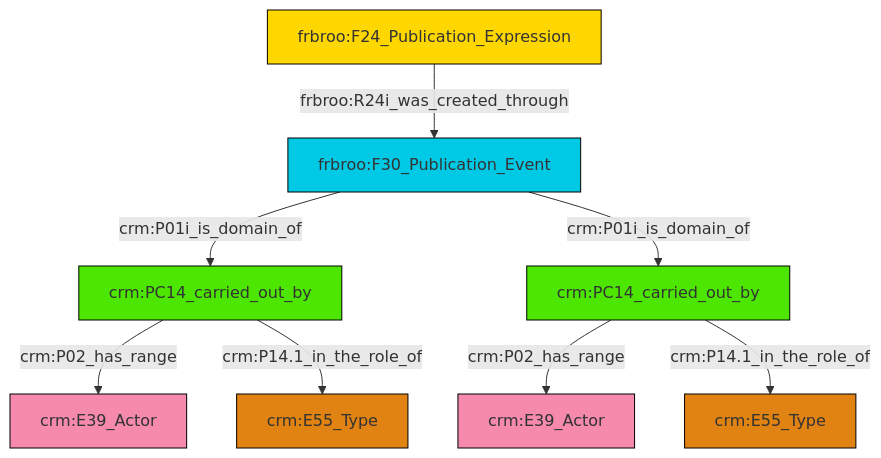
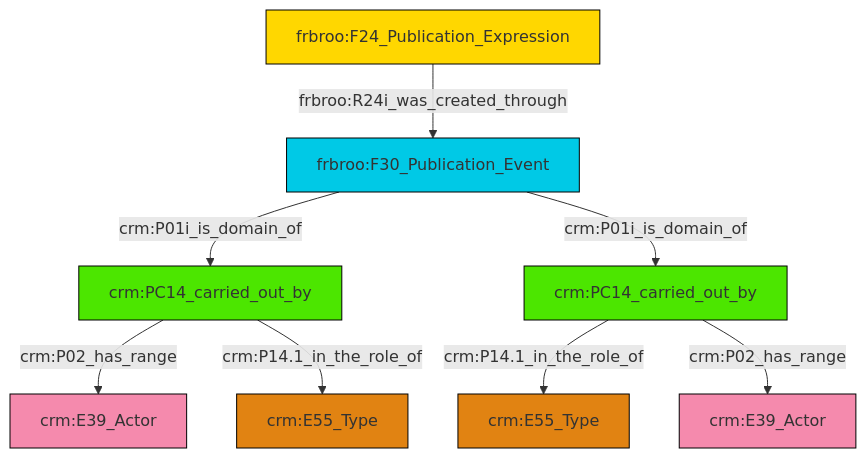
The diagram in et/biblioCSV/ttl/mmd/biblio_actor_relations.ttl.mmd (swiss-art-research-net/reference-data-models), drawn with Mermaid before and after one commit. The commit also changed 128 other files, not shown here.

```diff
--- a/et/biblioCSV/ttl/mmd/biblio_actor_relations.ttl.mmd
+++ b/et/biblioCSV/ttl/mmd/biblio_actor_relations.ttl.mmd
@@ -1,22 +1,22 @@
 graph TD
 classDef Literal fill:#f2f2f2,stroke:#000000;
 classDef CRM_Entity fill:#FFFFFF,stroke:#000000;
 classDef Temporal_Entity fill:#00C9E6, stroke:#000000;
 classDef Type fill:#E18312, stroke:#000000;
 classDef Time-Span fill:#2C9C91, stroke:#000000;
 classDef Appellation fill:#FFEB7F, stroke:#000000;
 classDef Place fill:#008836, stroke:#000000;
 classDef Persistent_Item fill:#B266B2, stroke:#000000;
 classDef Conceptual_Object fill:#FFD700, stroke:#000000;
 classDef Physical_Thing fill:#D2B48C, stroke:#000000;
 classDef Actor fill:#f58aad, stroke:#000000;
 classDef PC_Classes fill:#4ce600, stroke:#000000;
 classDef Multi fill:#cccccc,stroke:#000000;
 
-2["frbroo:F30_Publication_Event"]:::Temporal_Entity -->|crm:P01i_is_domain_of| 3["crm:PC14_carried_out_by"]:::PC_Classes
-4["crm:PC14_carried_out_by"]:::PC_Classes -->|crm:P02_has_range| 0["crm:E39_Actor"]:::Actor
-2["frbroo:F30_Publication_Event"]:::Temporal_Entity -->|crm:P01i_is_domain_of| 4["crm:PC14_carried_out_by"]:::PC_Classes
-8["frbroo:F24_Publication_Expression"]:::Conceptual_Object -->|frbroo:R24i_was_created_through| 2["frbroo:F30_Publication_Event"]:::Temporal_Entity
-3["crm:PC14_carried_out_by"]:::PC_Classes -->|crm:P02_has_range| 9["crm:E39_Actor"]:::Actor
-4["crm:PC14_carried_out_by"]:::PC_Classes -->|crm:P14.1_in_the_role_of| 5["crm:E55_Type"]:::Type
-3["crm:PC14_carried_out_by"]:::PC_Classes -->|crm:P14.1_in_the_role_of| 12["crm:E55_Type"]:::Type
+0["crm:PC14_carried_out_by"]:::PC_Classes -->|crm:P02_has_range| 1["crm:E39_Actor"]:::Actor
+2["frbroo:F30_Publication_Event"]:::Temporal_Entity -->|crm:P01i_is_domain_of| 0["crm:PC14_carried_out_by"]:::PC_Classes
+2["frbroo:F30_Publication_Event"]:::Temporal_Entity -->|crm:P01i_is_domain_of| 10["crm:PC14_carried_out_by"]:::PC_Classes
+4["frbroo:F24_Publication_Expression"]:::Conceptual_Object -->|frbroo:R24i_was_created_through| 2["frbroo:F30_Publication_Event"]:::Temporal_Entity
+10["crm:PC14_carried_out_by"]:::PC_Classes -->|crm:P14.1_in_the_role_of| 7["crm:E55_Type"]:::Type
+0["crm:PC14_carried_out_by"]:::PC_Classes -->|crm:P14.1_in_the_role_of| 12["crm:E55_Type"]:::Type
+10["crm:PC14_carried_out_by"]:::PC_Classes -->|crm:P02_has_range| 15["crm:E39_Actor"]:::Actor
```
